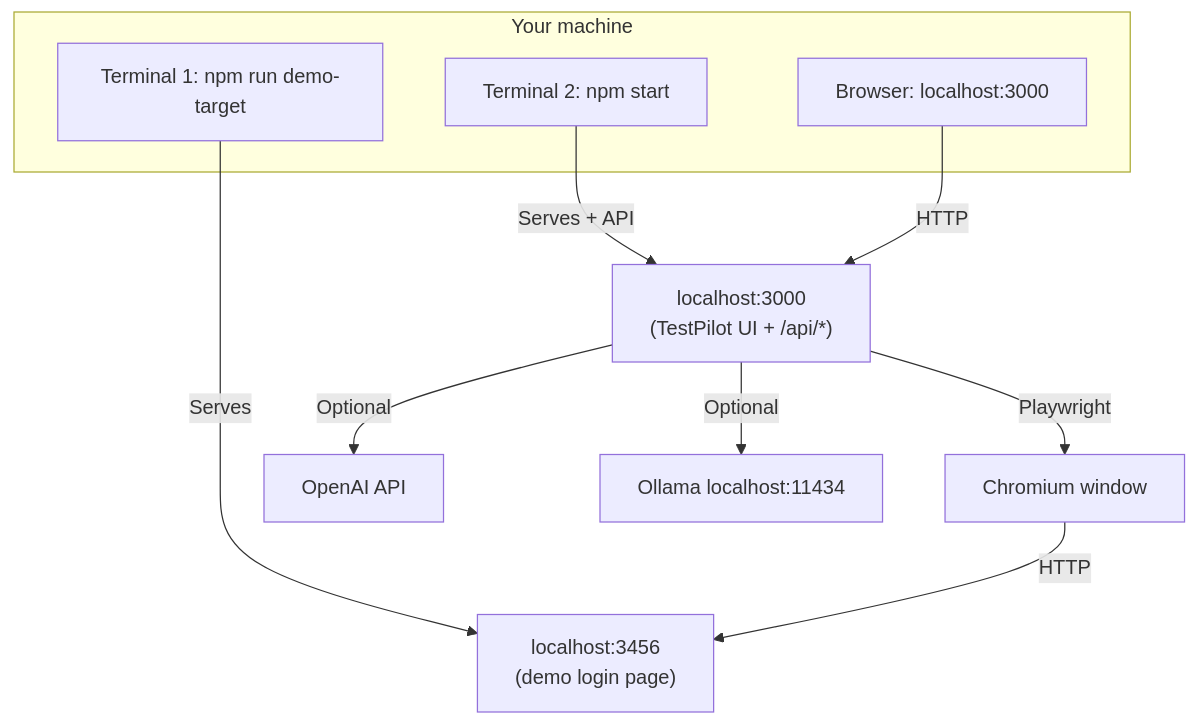
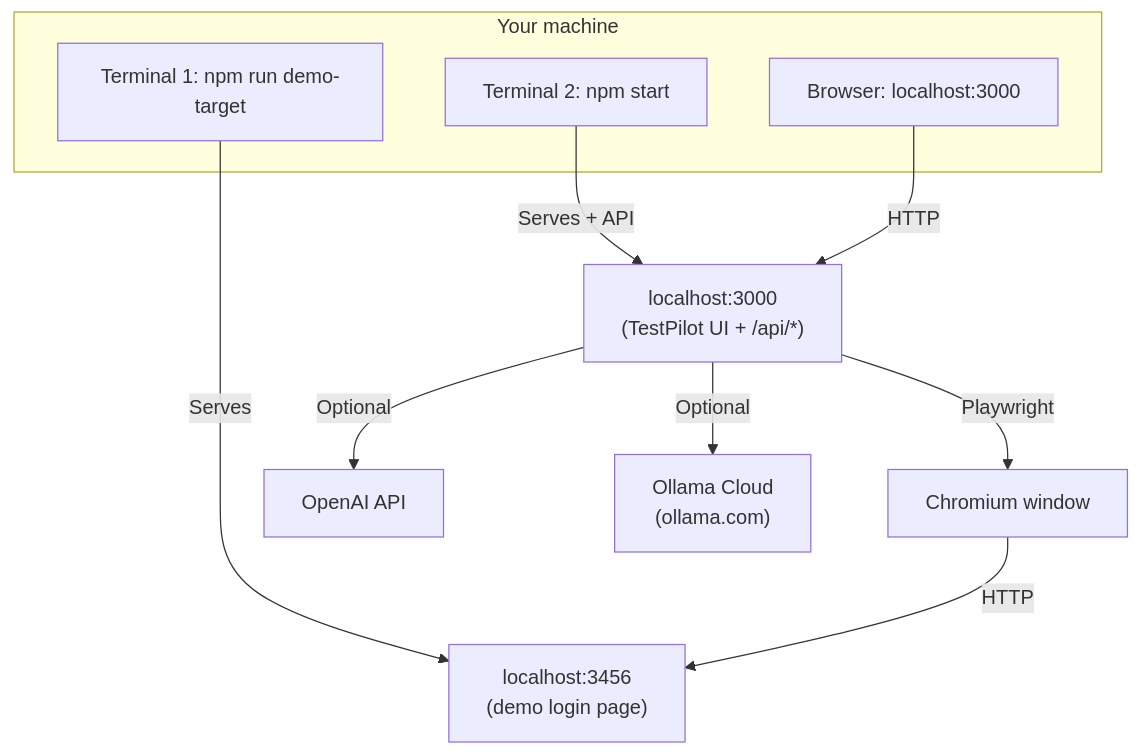
One commit to IbanjaraaSoul/TestPilot changed the fifth of 5 diagrams in ARCHITECTURE.md. Above: the diagram before and after it, drawn with Mermaid. The commit also changed other lines of this file and 8 other files, not shown here.

First line of the commit message:
Cloud-only LLM generation, stricter Playwright runner, dev scripts without local Ollama

````diff
--- a/ARCHITECTURE.md
+++ b/ARCHITECTURE.md
@@ -104,16 +102,16 @@
 ```mermaid
 flowchart TB
     subgraph "Your machine"
         A["Terminal 1: npm run demo-target"]
         B["Terminal 2: npm start"]
         C["Browser: localhost:3000"]
     end
 
     A -->|"Serves"| D["localhost:3456\n(demo login page)"]
     B -->|"Serves + API"| E["localhost:3000\n(TestPilot UI + /api/*)"]
     C -->|"HTTP"| E
     E -->|"Optional"| F["OpenAI API"]
-    E -->|"Optional"| G["Ollama localhost:11434"]
+    E -->|"Optional"| G["Ollama Cloud\n(ollama.com)"]
     E -->|"Playwright"| H["Chromium window"]
     H -->|"HTTP"| D
 ```
````
